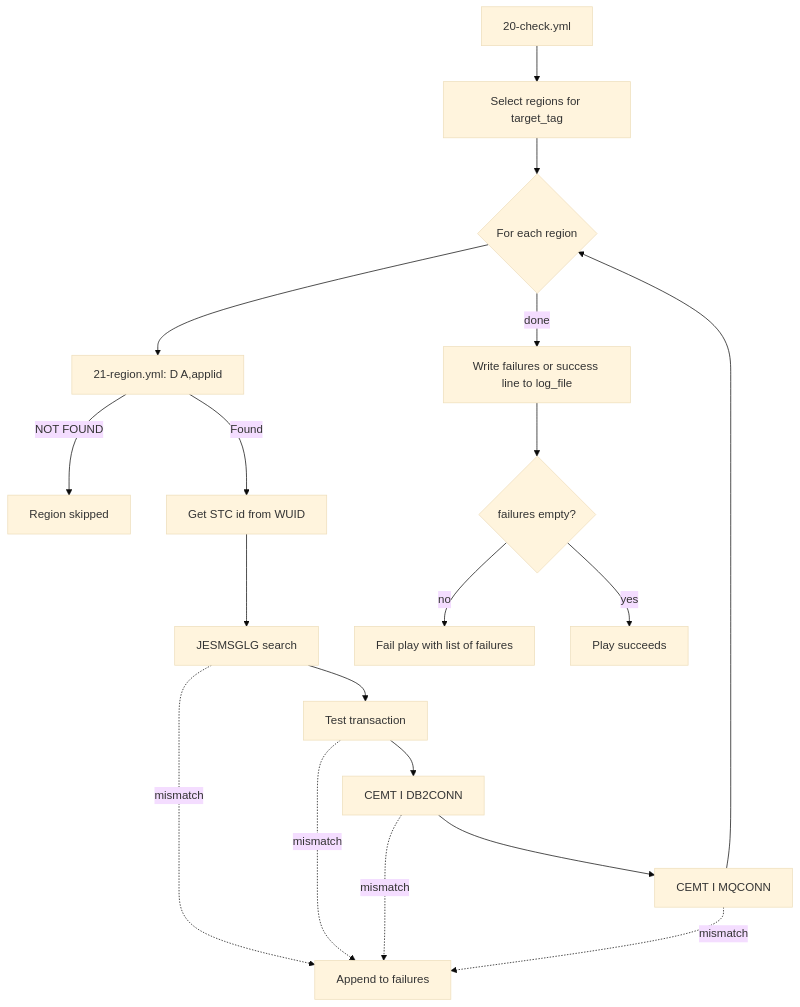
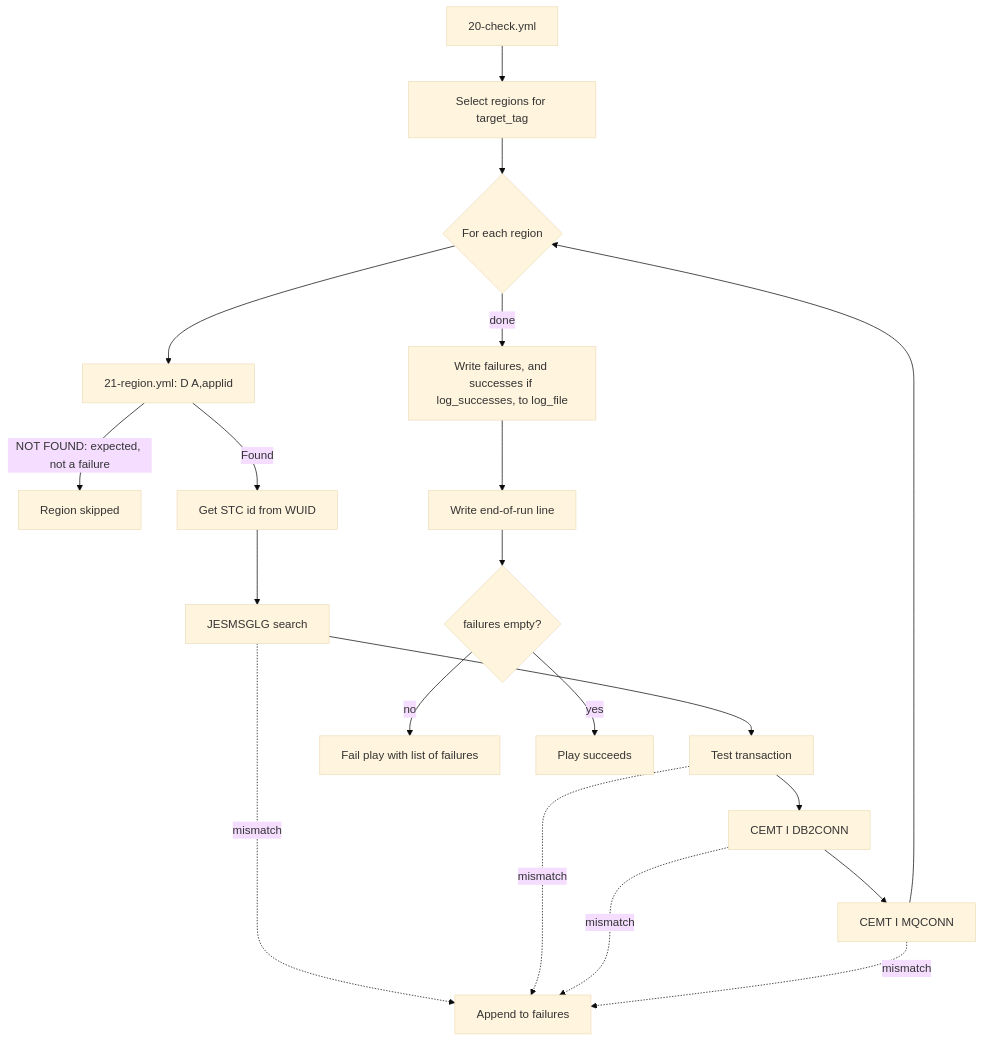
Before and after one commit to gkeuken/cicscheck_sample: the diagram in README.md, drawn with Mermaid (base theme). The commit also changed other lines of this file and 1 other file, not shown here.

````diff
--- a/README.md
+++ b/README.md
@@ -104,21 +121,22 @@
 ```mermaid
 flowchart TD
     A[20-check.yml] --> B[Select regions for target_tag]
     B --> C{For each region}
     C --> D[21-region.yml: D A,applid]
-    D -->|NOT FOUND| X[Region skipped]
+    D -->|NOT FOUND: expected, not a failure| X[Region skipped]
     D -->|Found| E[Get STC id from WUID]
     E --> F[JESMSGLG search]
     F --> G[Test transaction]
     G --> H[CEMT I DB2CONN]
     H --> I[CEMT I MQCONN]
     F -.->|mismatch| L[Append to failures]
     G -.->|mismatch| L
     H -.->|mismatch| L
     I -.->|mismatch| L
     I --> C
-    C -->|done| J[Write failures or success line to log_file]
-    J --> K{failures empty?}
+    C -->|done| J[Write failures, and successes if log_successes, to log_file]
+    J --> E2[Write end-of-run line]
+    E2 --> K{failures empty?}
     K -->|no| M[Fail play with list of failures]
     K -->|yes| N[Play succeeds]
 ```
````
